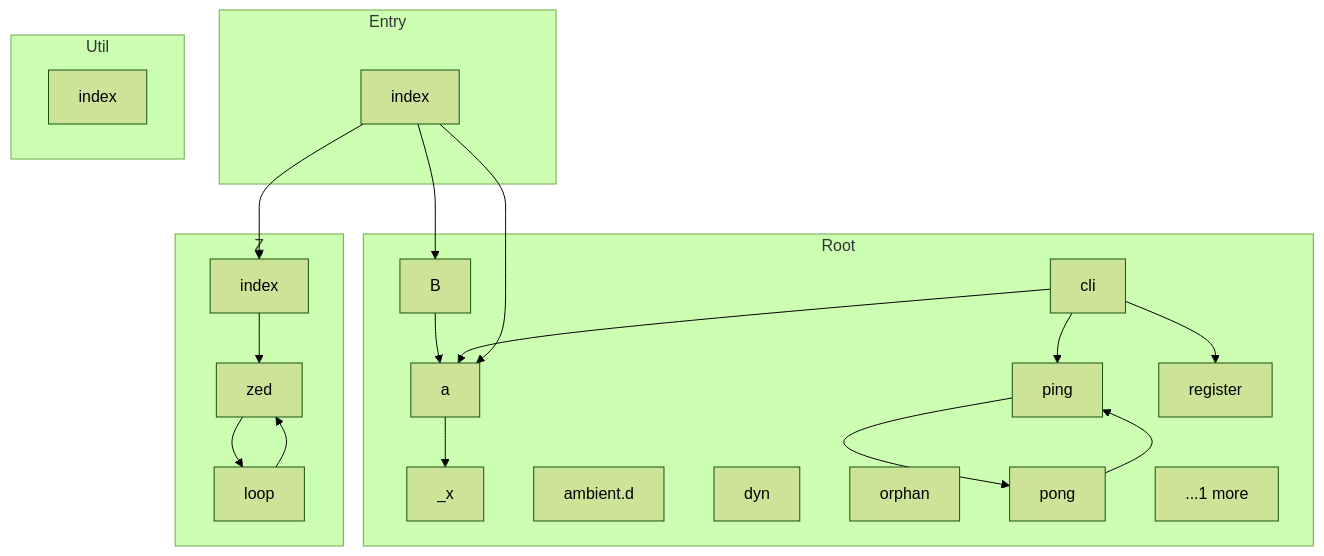
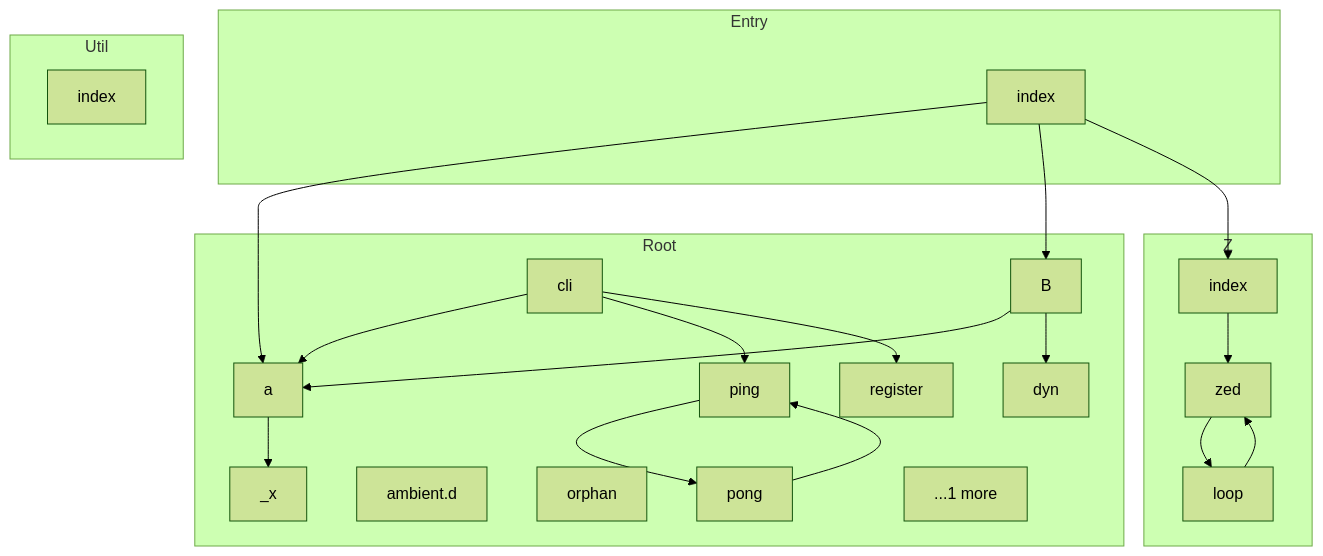
Before and after one commit to danielsimonjr/repo-tools: the diagram in tests/golden/map/mini-repo/default/DEPENDENCY_GRAPH.md, drawn with Mermaid (forest theme). The commit also changed other lines of this file and 162 other files, not shown here.

````diff
--- a/tests/golden/map/mini-repo/default/DEPENDENCY_GRAPH.md
+++ b/tests/golden/map/mini-repo/default/DEPENDENCY_GRAPH.md
@@ -265,44 +266,45 @@
 ```mermaid
 graph TD
     subgraph Root
         N0[B]
         N1[_x]
         N2[a]
         N3[ambient.d]
         N4[cli]
         N5[dyn]
         N6[orphan]
         N7[ping]
         N8[pong]
         N9[register]
         N10[...1 more]
     end
 
     subgraph Z
         N11[index]
         N12[loop]
         N13[zed]
     end
 
     subgraph Entry
         N14[index]
     end
 
     subgraph Util
         N15[index]
     end
 
     N0 --> N2
+    N0 --> N5
     N11 --> N13
     N12 --> N13
     N13 --> N12
     N2 --> N1
     N4 --> N2
     N4 --> N7
     N4 --> N9
     N14 --> N2
     N14 --> N0
     N14 --> N11
     N7 --> N8
     N8 --> N7
 ```
````
